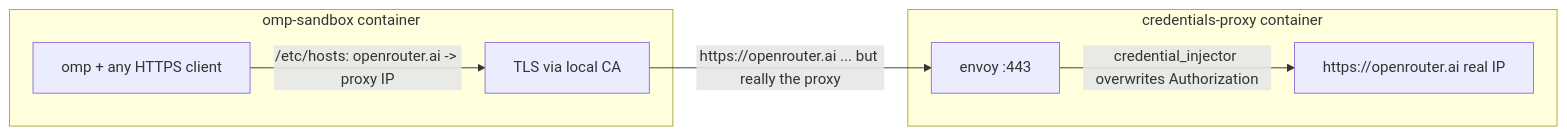
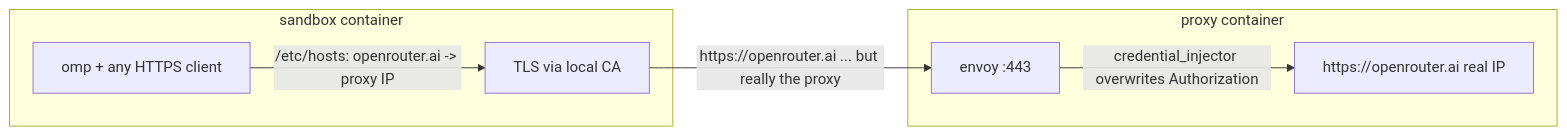
Before and after one commit to gitseed/monorepo: the diagram in omp-sandbox/README.md, drawn with Mermaid. The commit also changed other lines of this file and 8 other files, not shown here.

First line of the commit message:
Merge credentials-proxy into omp-sandbox

````diff
--- a/omp-sandbox/README.md
+++ b/omp-sandbox/README.md
@@ -10,10 +7,10 @@
 ```mermaid
 flowchart LR
-    subgraph sandbox[omp-sandbox container]
+    subgraph sandbox[sandbox container]
         omp[omp + any HTTPS client] -->|"/etc/hosts: openrouter.ai -> proxy IP"| t[TLS via local CA]
     end
     t -->|https://openrouter.ai ... but really the proxy| envoy
-    subgraph proxy[credentials-proxy container]
+    subgraph proxy[proxy container]
         envoy[envoy :443] -->|"credential_injector overwrites Authorization"| real[https://openrouter.ai real IP]
     end
 ```
````
